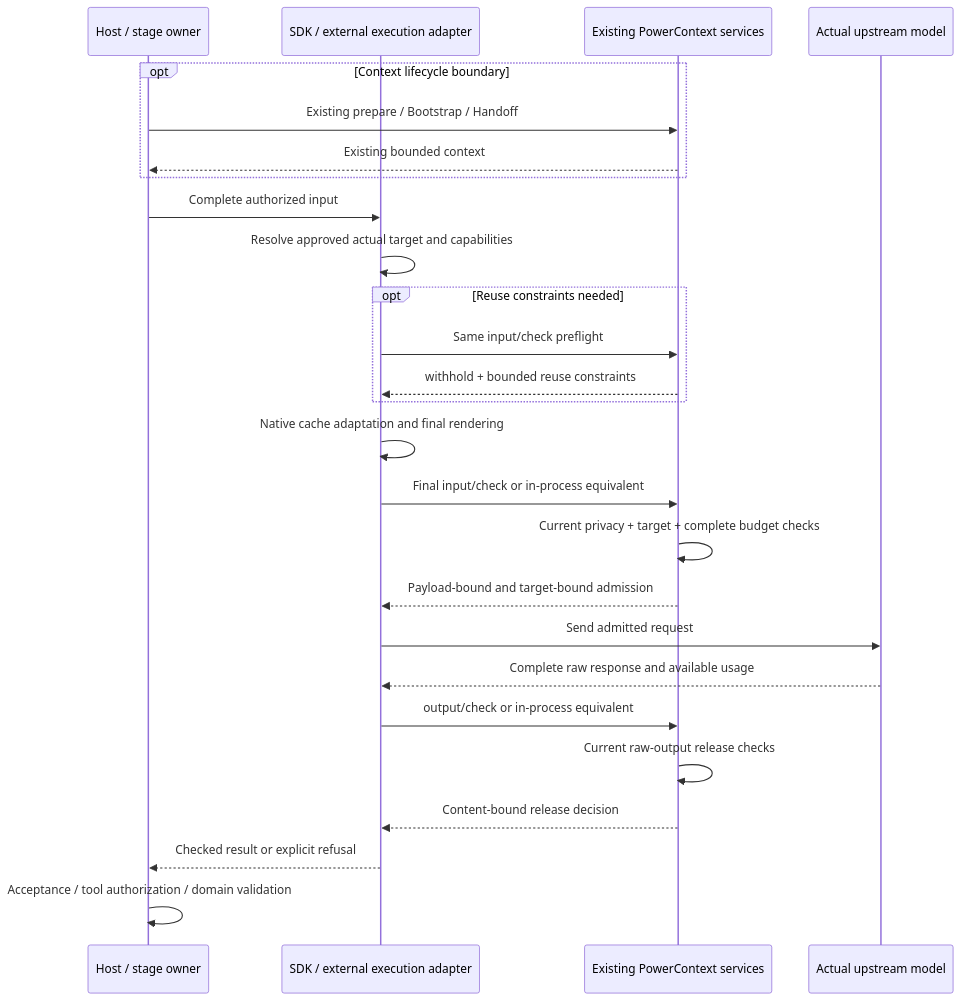
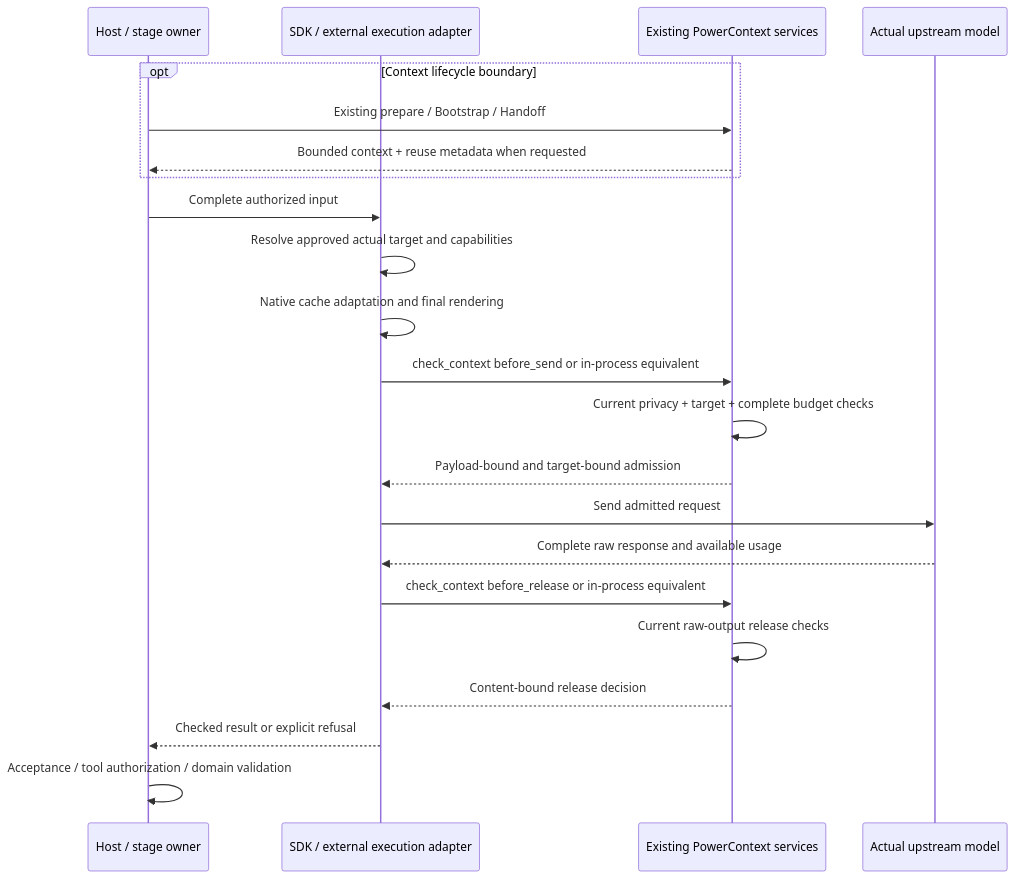
The second of 2 diagrams in docs/zh/rfcs/2086-core-inference-gates-and-optional-gateway.md (2397819368a-oss/powercontext-2026), drawn with Mermaid before and after one commit. The commit also changed other lines of this file and 1 other file, not shown here.

Commit message:
docs(rfc): unify context preparation and safety checks

````diff
--- a/docs/zh/rfcs/2086-core-inference-gates-and-optional-gateway.md
+++ b/docs/zh/rfcs/2086-core-inference-gates-and-optional-gateway.md
@@ -498,28 +634,24 @@
 ```mermaid
 sequenceDiagram
     participant H as Host / stage owner
     participant E as SDK / external execution adapter
     participant C as Existing PowerContext services
     participant U as Actual upstream model
     opt Context lifecycle boundary
         H->>C: Existing prepare / Bootstrap / Handoff
-        C-->>H: Existing bounded context
+        C-->>H: Bounded context + reuse metadata when requested
     end
     H->>E: Complete authorized input
     E->>E: Resolve approved actual target and capabilities
-    opt Reuse constraints needed
-        E->>C: Same input/check preflight
-        C-->>E: withhold + bounded reuse constraints
-    end
     E->>E: Native cache adaptation and final rendering
-    E->>C: Final input/check or in-process equivalent
+    E->>C: check_context before_send or in-process equivalent
     C->>C: Current privacy + target + complete budget checks
     C-->>E: Payload-bound and target-bound admission
     E->>U: Send admitted request
     U-->>E: Complete raw response and available usage
-    E->>C: output/check or in-process equivalent
+    E->>C: check_context before_release or in-process equivalent
     C->>C: Current raw-output release checks
     C-->>E: Content-bound release decision
     E-->>H: Checked result or explicit refusal
     H->>H: Acceptance / tool authorization / domain validation
 ```
````
